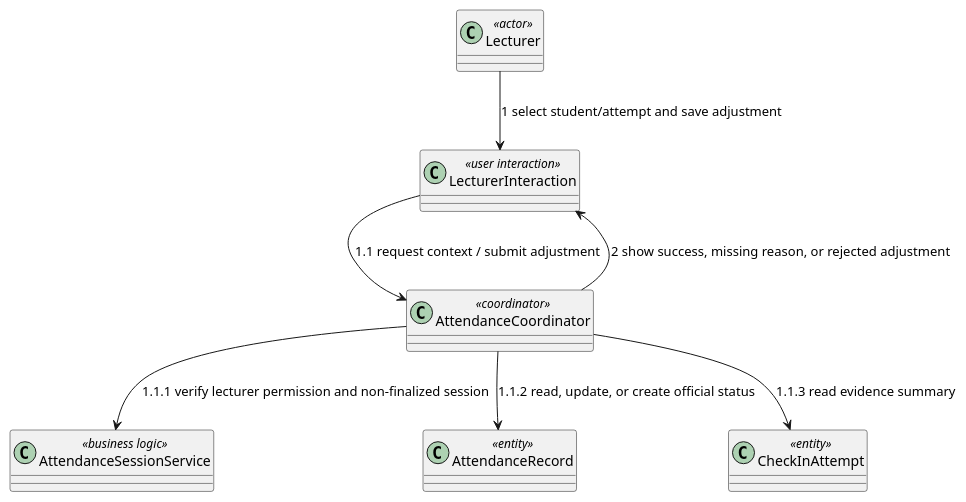
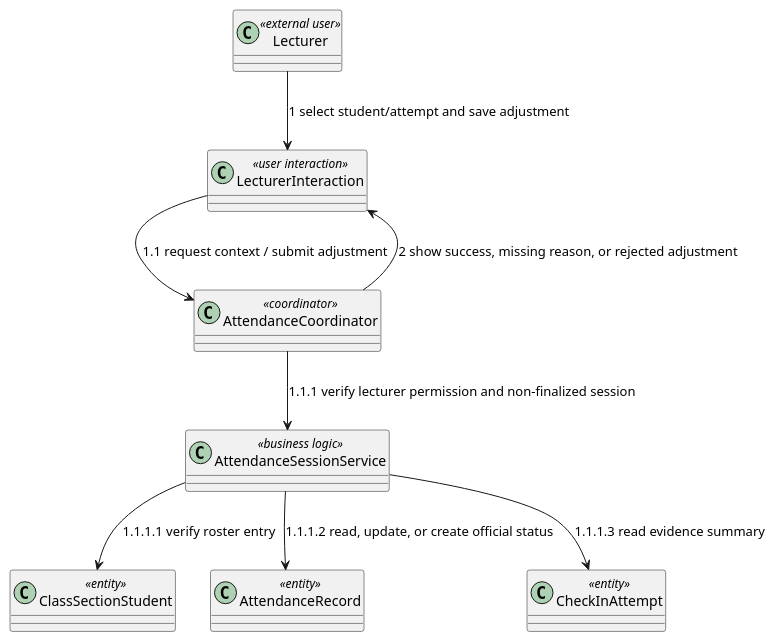
Diagram 20 of 29 in docs/sds/2_Analysis.md (nttung42/SWD392), drawn with PlantUML before and after one commit. The commit also changed other lines of this file and 1 other file, not shown here.

````diff
--- a/docs/sds/2_Analysis.md
+++ b/docs/sds/2_Analysis.md
@@ -1039,17 +1087,19 @@
 ```plantuml
 @startuml
-class "Lecturer" as Lecturer <<actor>>
+class "Lecturer" as Lecturer <<external user>>
 class "LecturerInteraction" as LecturerUI <<user interaction>>
 class "AttendanceCoordinator" as AdjustmentControl <<coordinator>>
 class "AttendanceSessionService" as SessionRules <<business logic>>
+class "ClassSectionStudent" as ClassSectionStudent <<entity>>
 class "AttendanceRecord" as AttendanceRecord <<entity>>
 class "CheckInAttempt" as CheckInAttempt <<entity>>
 
 Lecturer --> LecturerUI : 1 select student/attempt and save adjustment
 LecturerUI --> AdjustmentControl : 1.1 request context / submit adjustment
 AdjustmentControl --> SessionRules : 1.1.1 verify lecturer permission and non-finalized session
-AdjustmentControl --> AttendanceRecord : 1.1.2 read, update, or create official status
-AdjustmentControl --> CheckInAttempt : 1.1.3 read evidence summary
+SessionRules --> ClassSectionStudent : 1.1.1.1 verify roster entry
+SessionRules --> AttendanceRecord : 1.1.1.2 read, update, or create official status
+SessionRules --> CheckInAttempt : 1.1.1.3 read evidence summary
 AdjustmentControl --> LecturerUI : 2 show success, missing reason, or rejected adjustment
 @enduml
 ```
````
